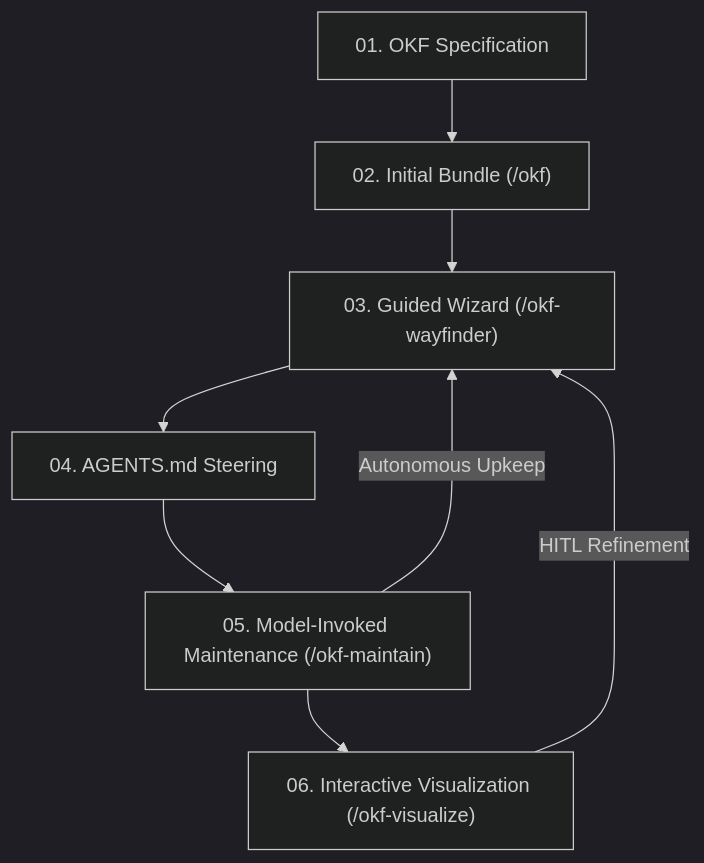
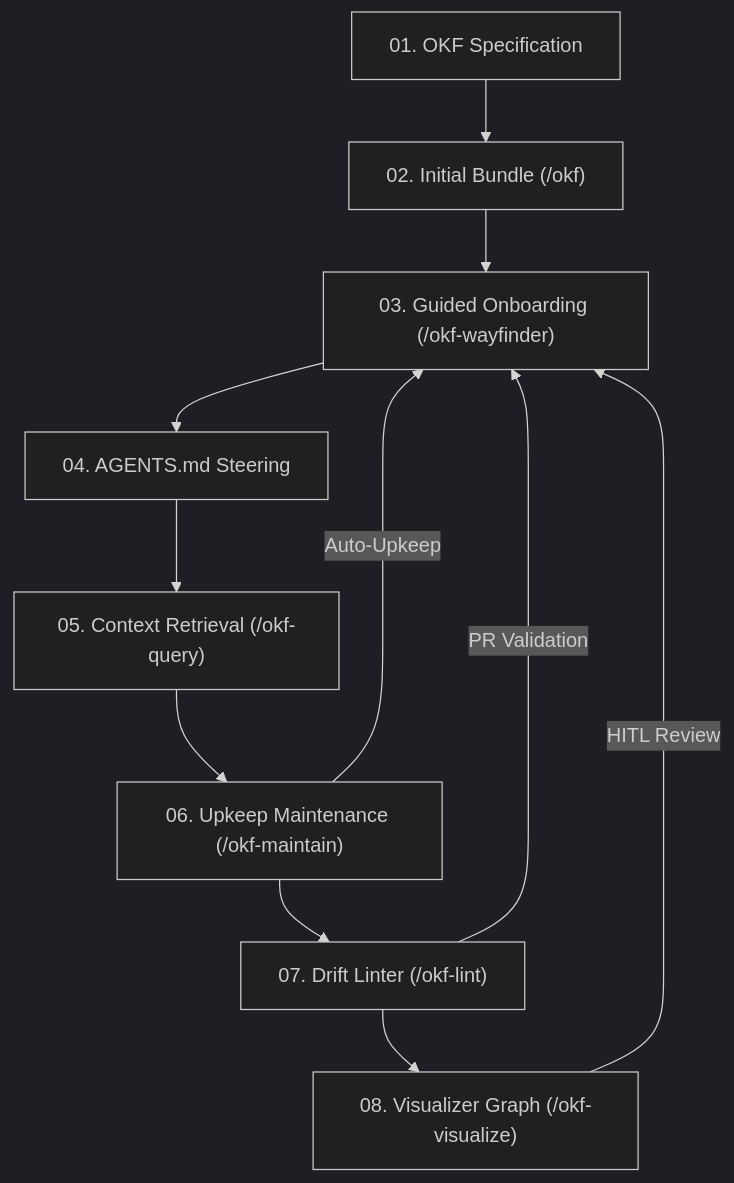
The diagram in README.md (eloybar/okf-skills), drawn with Mermaid (dark theme) before and after one commit. The commit also changed 1 other file, not shown here.

Commit message:
docs(lifecycle): update README Mermaid diagram and index.html to represent all 8 lifecycle steps

````diff
--- a/README.md
+++ b/README.md
@@ -13,10 +13,13 @@
 ```mermaid
 graph TD
     A["01. OKF Specification"] --> B["02. Initial Bundle (/okf)"]
-    B --> C["03. Guided Wizard (/okf-wayfinder)"]
+    B --> C["03. Guided Onboarding (/okf-wayfinder)"]
     C --> D["04. AGENTS.md Steering"]
-    D --> E["05. Model-Invoked Maintenance (/okf-maintain)"]
-    E -->|Autonomous Upkeep| C
-    E --> F["06. Interactive Visualization (/okf-visualize)"]
-    F -->|HITL Refinement| C
+    D --> E["05. Context Retrieval (/okf-query)"]
+    E --> F["06. Upkeep Maintenance (/okf-maintain)"]
+    F -->|Auto-Upkeep| C
+    F --> G["07. Drift Linter (/okf-lint)"]
+    G -->|PR Validation| C
+    G --> H["08. Visualizer Graph (/okf-visualize)"]
+    H -->|HITL Review| C
 ```
````
